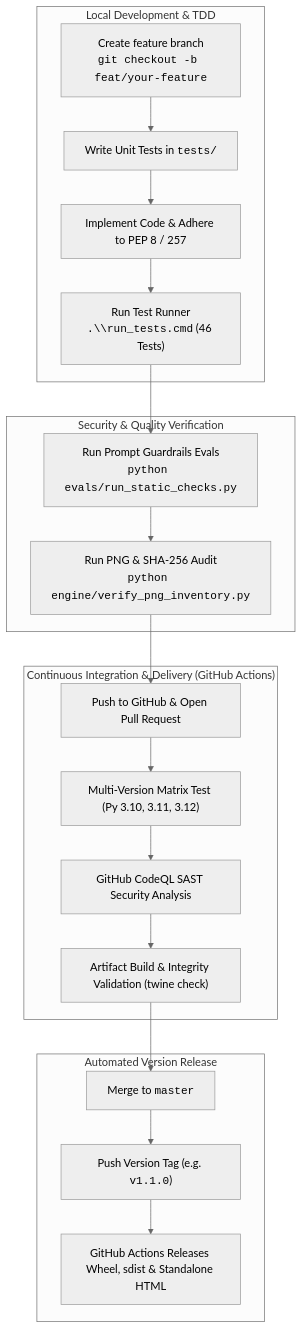
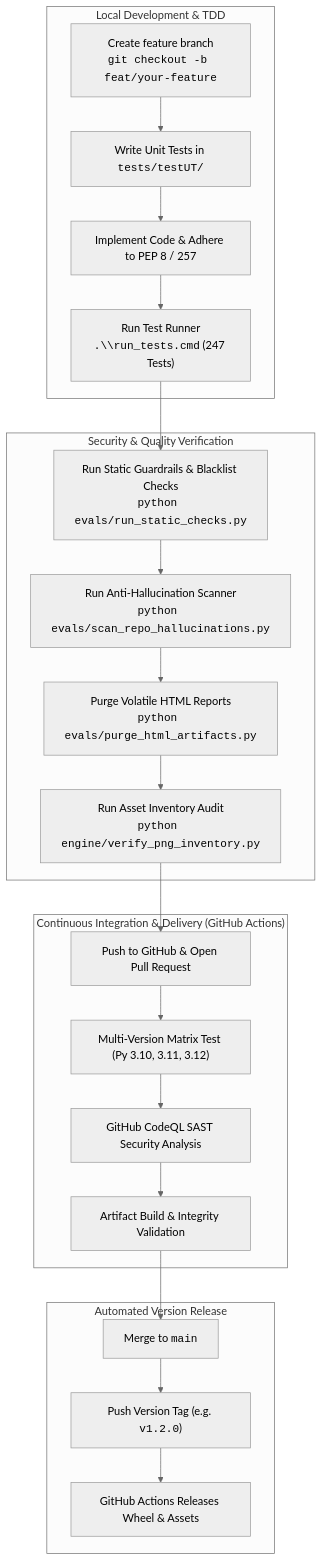
The diagram in CONTRIBUTING.md (esquedev/coach-porygon-vgc), drawn with Mermaid (neutral theme) before and after one commit. The commit also changed other lines of this file and 92 other files, not shown here.

````diff
--- a/CONTRIBUTING.md
+++ b/CONTRIBUTING.md
@@ -13,26 +13,28 @@
 ```mermaid
 flowchart TD
     subgraph DEV ["Local Development & TDD"]
-        A["Create feature branch<br/><code>git checkout -b feat/your-feature</code>"] --> B["Write Unit Tests in <code>tests/</code>"]
+        A["Create feature branch<br/><code>git checkout -b feat/your-feature</code>"] --> B["Write Unit Tests in <code>tests/testUT/</code>"]
         B --> C["Implement Code & Adhere to PEP 8 / 257"]
-        C --> D["Run Test Runner<br/><code>.\\run_tests.cmd</code> (46 Tests)"]
+        C --> D["Run Test Runner<br/><code>.\\run_tests.cmd</code> (247 Tests)"]
     end
 
     subgraph QA ["Security & Quality Verification"]
-        D --> E["Run Prompt Guardrails Evals<br/><code>python evals/run_static_checks.py</code>"]
-        E --> F["Run PNG & SHA-256 Audit<br/><code>python engine/verify_png_inventory.py</code>"]
+        D --> E["Run Static Guardrails & Blacklist Checks<br/><code>python evals/run_static_checks.py</code>"]
+        E --> F["Run Anti-Hallucination Scanner<br/><code>python evals/scan_repo_hallucinations.py</code>"]
+        F --> G["Purge Volatile HTML Reports<br/><code>python evals/purge_html_artifacts.py</code>"]
+        G --> H["Run Asset Inventory Audit<br/><code>python engine/verify_png_inventory.py</code>"]
     end
 
     subgraph CI_CD ["Continuous Integration & Delivery (GitHub Actions)"]
-        F --> G["Push to GitHub & Open Pull Request"]
-        G --> H["Multi-Version Matrix Test (Py 3.10, 3.11, 3.12)"]
-        H --> I["GitHub CodeQL SAST Security Analysis"]
-        I --> J["Artifact Build & Integrity Validation (twine check)"]
+        H --> I["Push to GitHub & Open Pull Request"]
+        I --> J["Multi-Version Matrix Test (Py 3.10, 3.11, 3.12)"]
+        J --> K["GitHub CodeQL SAST Security Analysis"]
+        K --> L["Artifact Build & Integrity Validation"]
     end
 
     subgraph RELEASE ["Automated Version Release"]
-        J --> K["Merge to <code>master</code>"]
-        K --> L["Push Version Tag (e.g. <code>v1.1.0</code>)"]
-        L --> M["GitHub Actions Releases Wheel, sdist & Standalone HTML"]
+        L --> M["Merge to <code>main</code>"]
+        M --> N["Push Version Tag (e.g. <code>v1.2.0</code>)"]
+        N --> O["GitHub Actions Releases Wheel & Assets"]
     end
 ```
````
